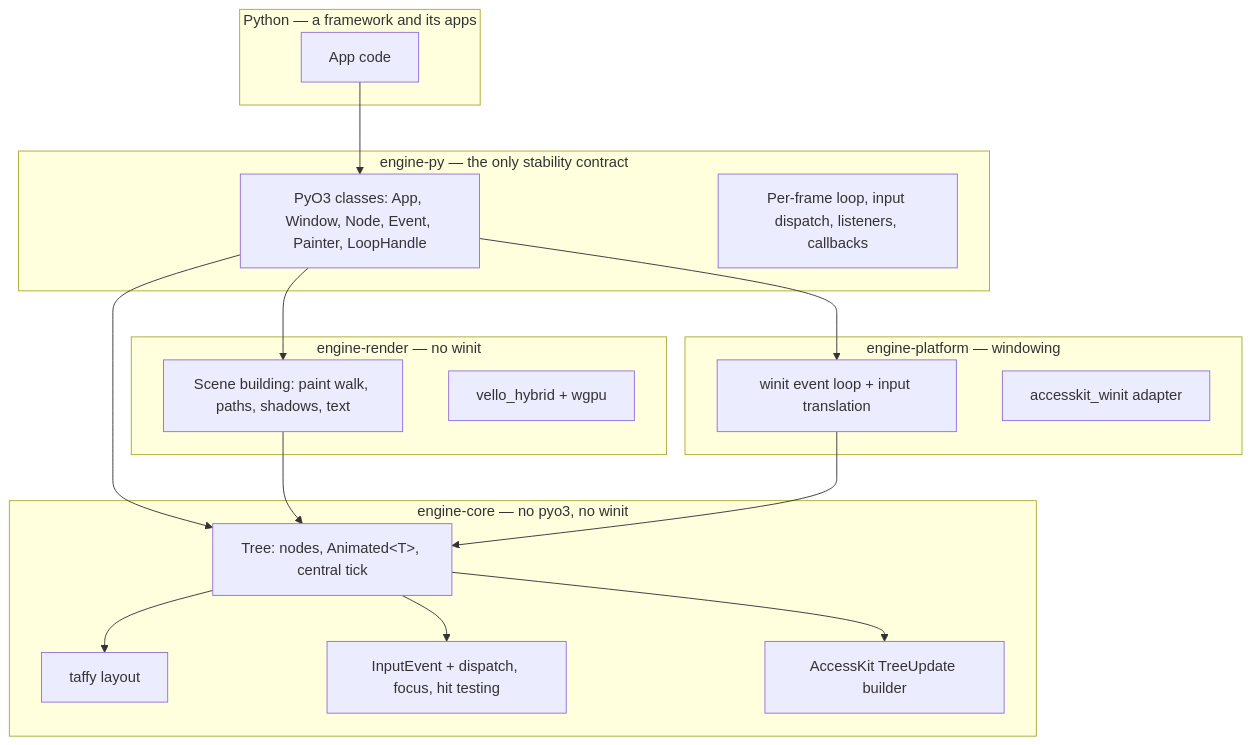
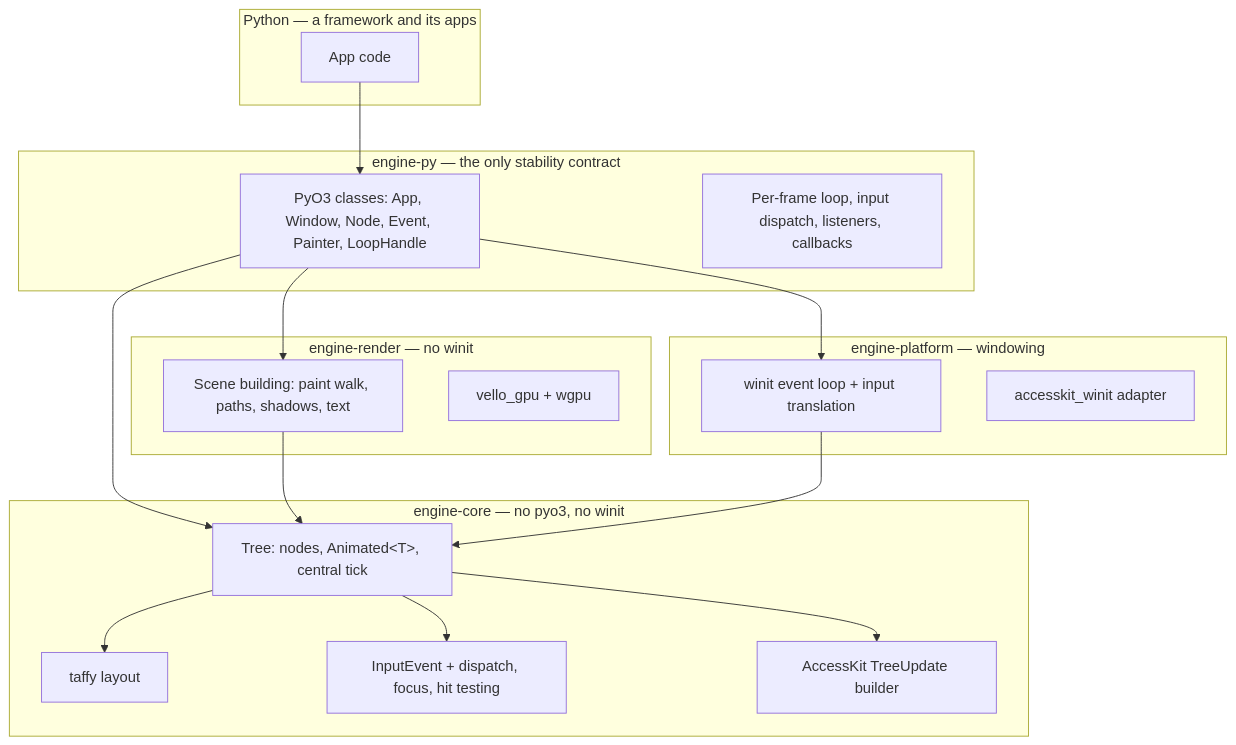
One commit to mindderivative/tre changed the first of 2 diagrams in ARCHITECTURE.md. Above: the diagram before and after it, drawn with Mermaid. The commit also changed other lines of this file and 40 other files, not shown here.

First line of the commit message:
0.4.0 M2 Step 1: build on upstream vello_gpu and wgpu 30

````diff
--- a/ARCHITECTURE.md
+++ b/ARCHITECTURE.md
@@ -91,33 +92,33 @@
 ```mermaid
 graph TD
     subgraph Python["Python — a framework and its apps"]
         A[App code]
     end
     subgraph FFI["engine-py — the only stability contract"]
         C[PyO3 classes: App, Window, Node, Event, Painter, LoopHandle]
         R[Per-frame loop, input dispatch, listeners, callbacks]
     end
     subgraph Core["engine-core — no pyo3, no winit"]
         D[Tree: nodes, Animated&lt;T&gt;, central tick]
         E[taffy layout]
         N[InputEvent + dispatch, focus, hit testing]
         O[AccessKit TreeUpdate builder]
     end
     subgraph Render["engine-render — no winit"]
         H[Scene building: paint walk, paths, shadows, text]
-        I[vello_hybrid + wgpu]
+        I[vello_gpu + wgpu]
     end
     subgraph Platform["engine-platform — windowing"]
         K[winit event loop + input translation]
         L[accesskit_winit adapter]
     end
     A --> C
     C --> D
     C --> H
     C --> K
     H --> D
     K --> D
     D --> E
     D --> N
     D --> O
 ```
````
